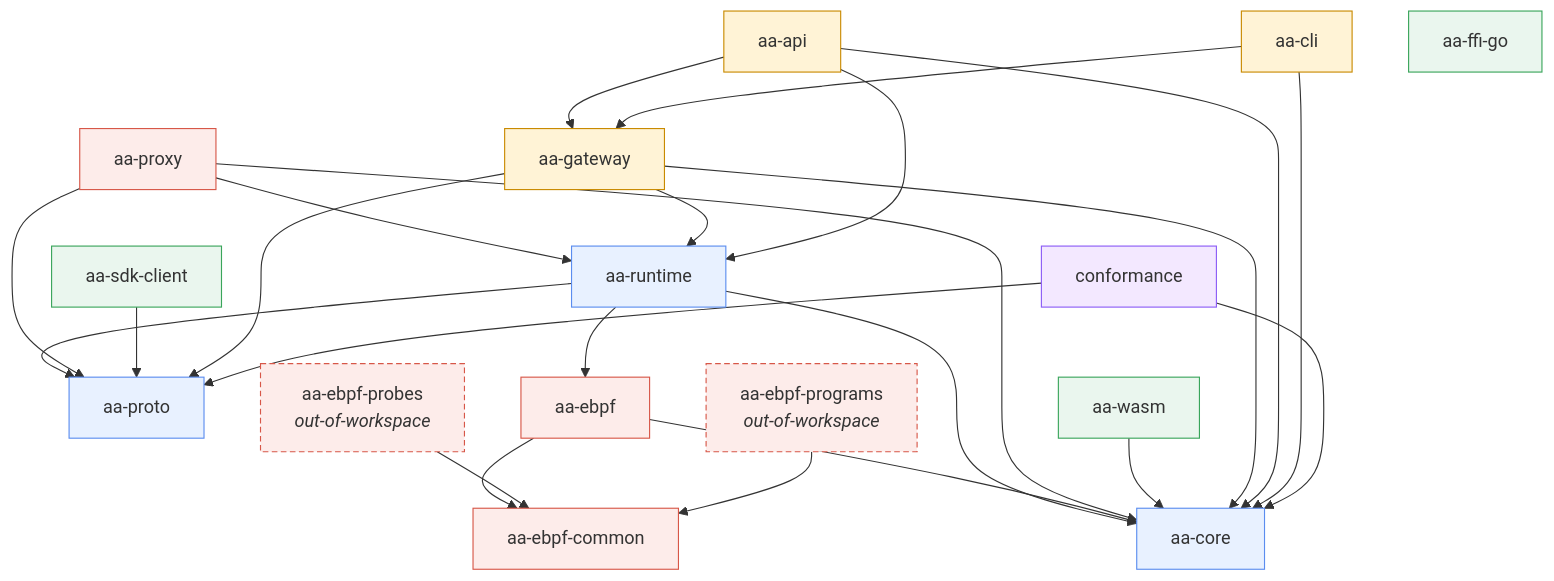
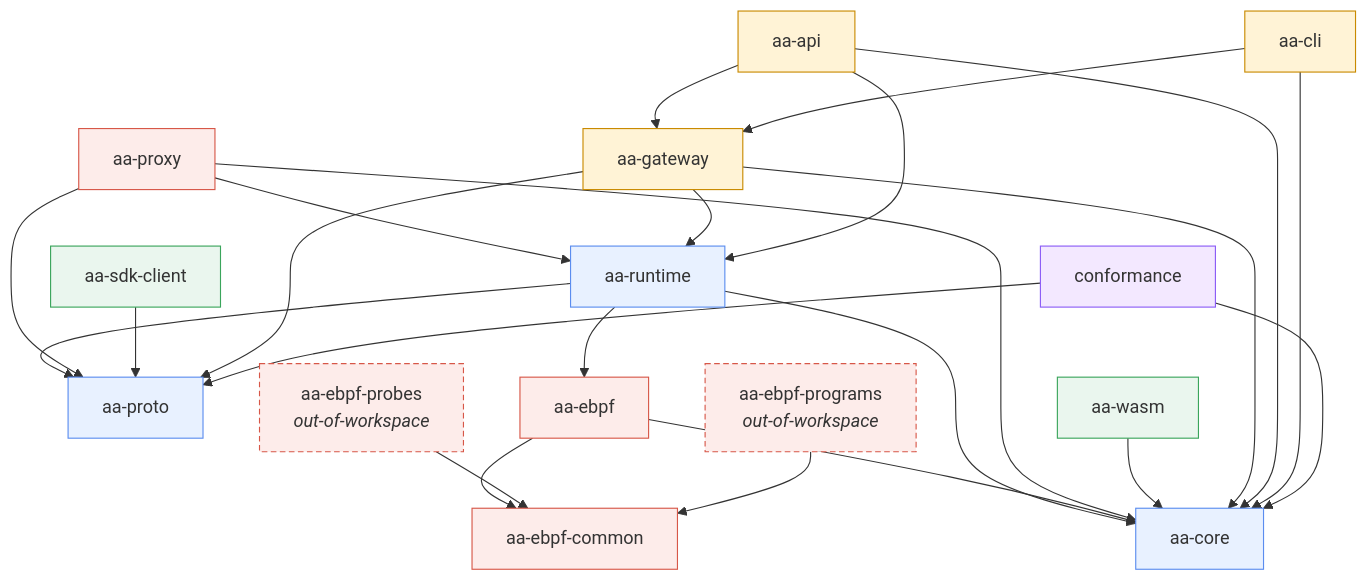
Before and after one commit to ai-agent-assembly/agent-assembly: the first of 4 diagrams in docs/src/architecture.md, drawn with Mermaid. The commit also changed other lines of this file and 5 other files, not shown here.

````diff
--- a/docs/src/architecture.md
+++ b/docs/src/architecture.md
@@ -9,57 +9,56 @@
 ```mermaid
 graph TD
     classDef foundation fill:#e8f1ff,stroke:#5b8def
     classDef ebpf fill:#fdecea,stroke:#d75748
     classDef ffi fill:#eaf6ee,stroke:#3aa55b
     classDef control fill:#fff3d6,stroke:#c98a00
     classDef edge fill:#f3e8ff,stroke:#8b5cf6
     classDef outOfWorkspace fill:#fdecea,stroke:#d75748,stroke-dasharray: 5 3
 
     aa_core[aa-core]:::foundation
     aa_proto[aa-proto]:::foundation
     aa_ebpf_common[aa-ebpf-common]:::ebpf
 
     aa_runtime[aa-runtime]:::foundation
     aa_ebpf[aa-ebpf]:::ebpf
     aa_ebpf_probes["aa-ebpf-probes<br/><i>out-of-workspace</i>"]:::outOfWorkspace
     aa_ebpf_programs["aa-ebpf-programs<br/><i>out-of-workspace</i>"]:::outOfWorkspace
     aa_proxy[aa-proxy]:::ebpf
 
     aa_gateway[aa-gateway]:::control
     aa_api[aa-api]:::control
     aa_cli[aa-cli]:::control
 
     aa_sdk_client[aa-sdk-client]:::ffi
-    aa_ffi_go[aa-ffi-go]:::ffi
     aa_wasm[aa-wasm]:::ffi
 
     conformance[conformance]:::edge
 
     aa_runtime --> aa_core
     aa_runtime --> aa_proto
     aa_runtime --> aa_ebpf
 
     aa_ebpf --> aa_core
     aa_ebpf --> aa_ebpf_common
     aa_ebpf_probes --> aa_ebpf_common
     aa_ebpf_programs --> aa_ebpf_common
 
     aa_proxy --> aa_core
     aa_proxy --> aa_proto
     aa_proxy --> aa_runtime
 
     aa_sdk_client --> aa_proto
     aa_wasm --> aa_core
 
     aa_gateway --> aa_core
     aa_gateway --> aa_proto
     aa_gateway --> aa_runtime
     aa_api --> aa_core
     aa_api --> aa_gateway
     aa_api --> aa_runtime
     aa_cli --> aa_core
     aa_cli --> aa_gateway
 
     conformance --> aa_core
     conformance --> aa_proto
 ```
````
